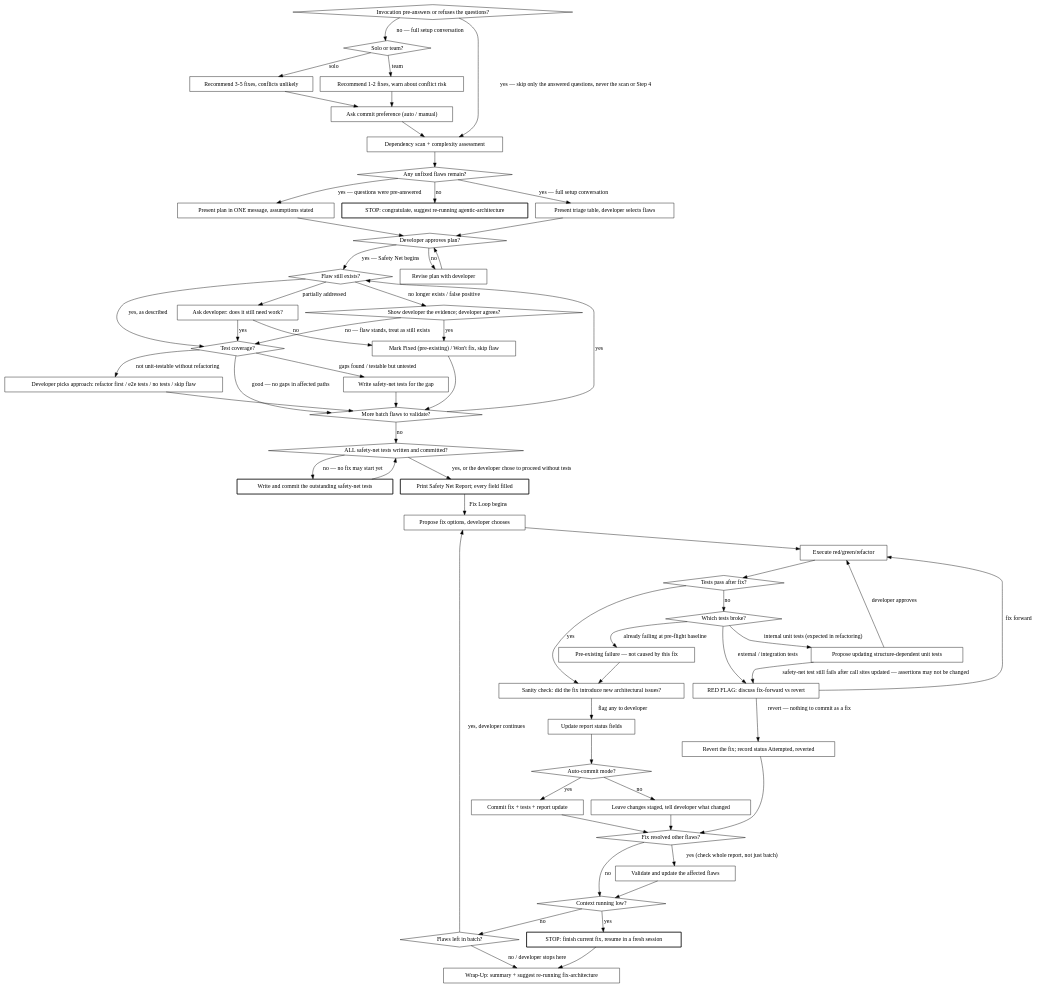
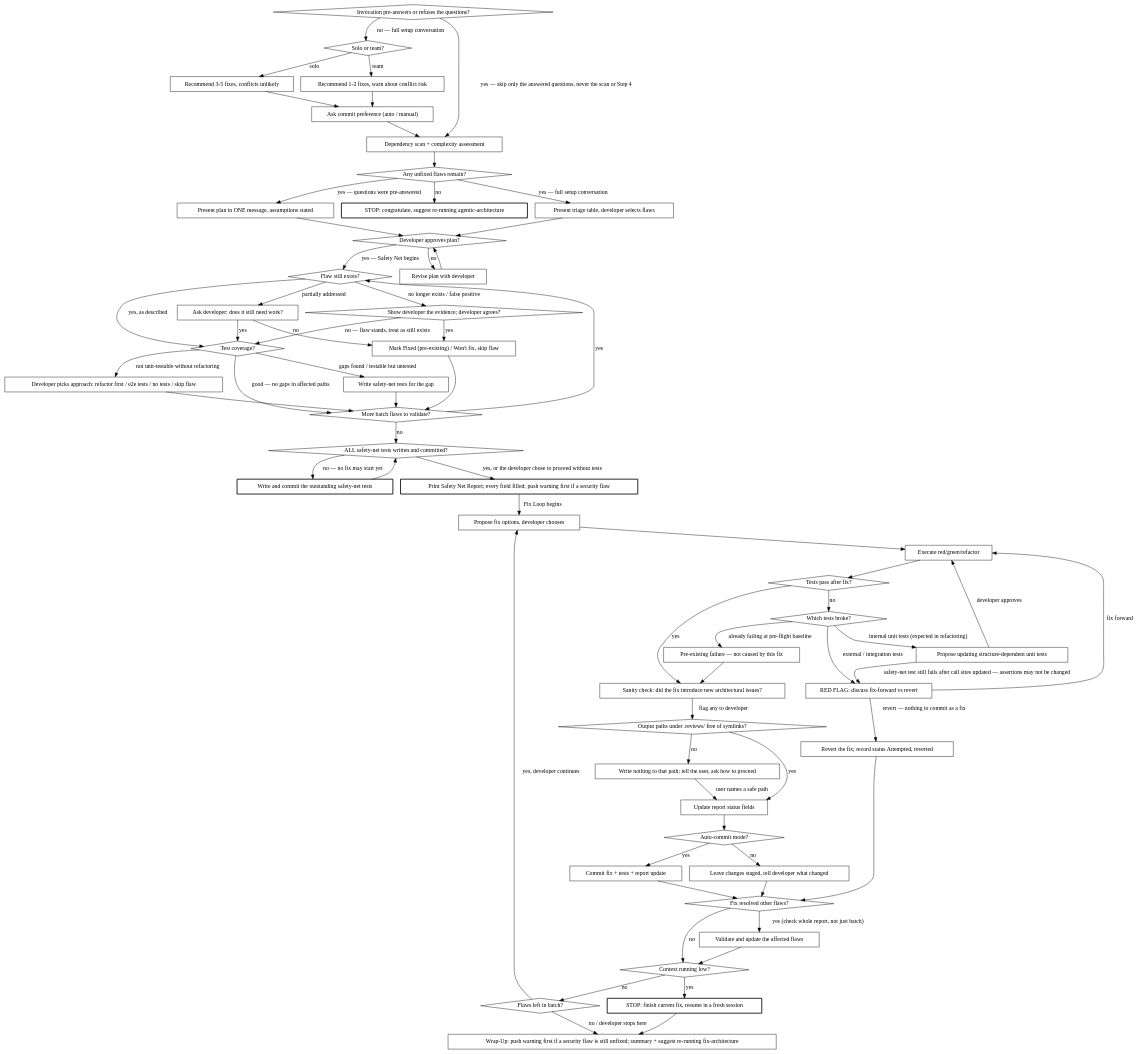
The second of 2 diagrams in kiro_and_antigravity/skills/.kiro/skills/fix-architecture/SKILL.md (Ovid/paad), drawn with Graphviz before and after one commit. The commit also changed other lines of this file and 51 other files, not shown here.

````diff
--- a/kiro_and_antigravity/skills/.kiro/skills/fix-architecture/SKILL.md
+++ b/kiro_and_antigravity/skills/.kiro/skills/fix-architecture/SKILL.md
@@ -98,7 +100,7 @@
   "Write safety-net tests for the gap" [shape=box];
   "Developer picks approach: refactor first / e2e tests / no tests / skip flaw" [shape=box];
   "Write and commit the outstanding safety-net tests" [shape=box, style=bold];
-  "Print Safety Net Report; every field filled" [shape=box, style=bold];
+  "Print Safety Net Report; every field filled; push warning first if a security flaw" [shape=box, style=bold];
   "Revert the fix; record status Attempted, reverted" [shape=box];
 
   "Propose fix options, developer chooses" [shape=box];
@@ -107,12 +109,14 @@
   "Propose updating structure-dependent unit tests" [shape=box];
   "RED FLAG: discuss fix-forward vs revert" [shape=box];
   "Sanity check: did the fix introduce new architectural issues?" [shape=box];
+  "Output paths under .reviews/ free of symlinks?" [shape=diamond];
+  "Write nothing to that path; tell the user, ask how to proceed" [shape=box];
   "Update report status fields" [shape=box];
   "Commit fix + tests + report update" [shape=box];
   "Leave changes staged, tell developer what changed" [shape=box];
   "Validate and update the affected flaws" [shape=box];
   "STOP: finish current fix, resume in a fresh session" [shape=box, style=bold];
-  "Wrap-Up: summary + suggest re-running fix-architecture" [shape=box];
+  "Wrap-Up: push warning first if a security flaw is still unfixed; summary + suggest re-running fix-architecture" [shape=box];
 
   "Invocation pre-answers or refuses the questions?" -> "Solo or team?" [label="no — full setup conversation"];
   "Invocation pre-answers or refuses the questions?" -> "Dependency scan + complexity assessment" [label="yes — skip only the answered questions, never the scan or Step 4"];
@@ -150,8 +154,8 @@
 
   "ALL safety-net tests written and committed?" -> "Write and commit the outstanding safety-net tests" [label="no — no fix may start yet"];
   "Write and commit the outstanding safety-net tests" -> "ALL safety-net tests written and committed?";
-  "ALL safety-net tests written and committed?" -> "Print Safety Net Report; every field filled" [label="yes, or the developer chose to proceed without tests"];
-  "Print Safety Net Report; every field filled" -> "Propose fix options, developer chooses" [label="Fix Loop begins"];
+  "ALL safety-net tests written and committed?" -> "Print Safety Net Report; every field filled; push warning first if a security flaw" [label="yes, or the developer chose to proceed without tests"];
+  "Print Safety Net Report; every field filled; push warning first if a security flaw" -> "Propose fix options, developer chooses" [label="Fix Loop begins"];
 
   "Propose fix options, developer chooses" -> "Execute red/green/refactor";
   "Execute red/green/refactor" -> "Tests pass after fix?";
@@ -167,7 +171,7 @@
   "RED FLAG: discuss fix-forward vs revert" -> "Revert the fix; record status Attempted, reverted" [label="revert — nothing to commit as a fix"];
   "Revert the fix; record status Attempted, reverted" -> "Fix resolved other flaws?";
 
-  "Sanity check: did the fix introduce new architectural issues?" -> "Update report status fields" [label="flag any to developer"];
+  "Sanity check: did the fix introduce new architectural issues?" -> "Output paths under .reviews/ free of symlinks?" [label="flag any to developer"];
   "Update report status fields" -> "Auto-commit mode?";
   "Auto-commit mode?" -> "Commit fix + tests + report update" [label="yes"];
   "Auto-commit mode?" -> "Leave changes staged, tell developer what changed" [label="no"];
@@ -180,7 +184,10 @@
   "Context running low?" -> "STOP: finish current fix, resume in a fresh session" [label="yes"];
   "Context running low?" -> "Flaws left in batch?" [label="no"];
   "Flaws left in batch?" -> "Propose fix options, developer chooses" [label="yes, developer continues"];
-  "Flaws left in batch?" -> "Wrap-Up: summary + suggest re-running fix-architecture" [label="no / developer stops here"];
-  "STOP: finish current fix, resume in a fresh session" -> "Wrap-Up: summary + suggest re-running fix-architecture";
+  "Flaws left in batch?" -> "Wrap-Up: push warning first if a security flaw is still unfixed; summary + suggest re-running fix-architecture" [label="no / developer stops here"];
+  "STOP: finish current fix, resume in a fresh session" -> "Wrap-Up: push warning first if a security flaw is still unfixed; summary + suggest re-running fix-architecture";
+  "Output paths under .reviews/ free of symlinks?" -> "Update report status fields" [label="yes"];
+  "Output paths under .reviews/ free of symlinks?" -> "Write nothing to that path; tell the user, ask how to proceed" [label="no"];
+  "Write nothing to that path; tell the user, ask how to proceed" -> "Update report status fields" [label="user names a safe path"];
 }
 ```
````
